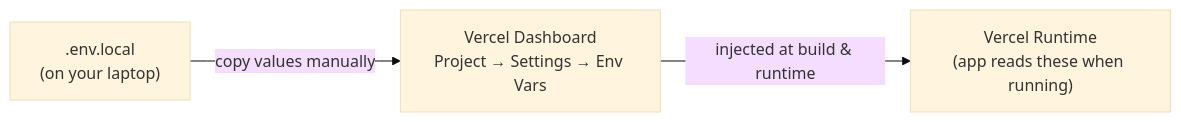
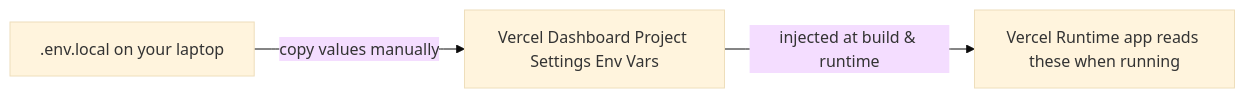
The fifth of 8 diagrams in learning/06-vercel.md (wongjinar-ai/expample), drawn with Mermaid (base theme) before and after one commit. The commit also changed other lines of this file and 16 other files, not shown here.

````diff
--- a/learning/06-vercel.md
+++ b/learning/06-vercel.md
@@ -107,9 +107,9 @@
 ```mermaid
-graph LR
-    Local[".env.local\n(on your laptop)"]
-    VercelDash["Vercel Dashboard\nProject → Settings → Env Vars"]
-    VercelRuntime["Vercel Runtime\n(app reads these when running)"]
+flowchart LR
+    Local[.env.local on your laptop]
+    VercelDash[Vercel Dashboard Project Settings Env Vars]
+    VercelRuntime[Vercel Runtime app reads these when running]
 
     Local -->|"copy values manually"| VercelDash
     VercelDash -->|"injected at build & runtime"| VercelRuntime
 ```
````
